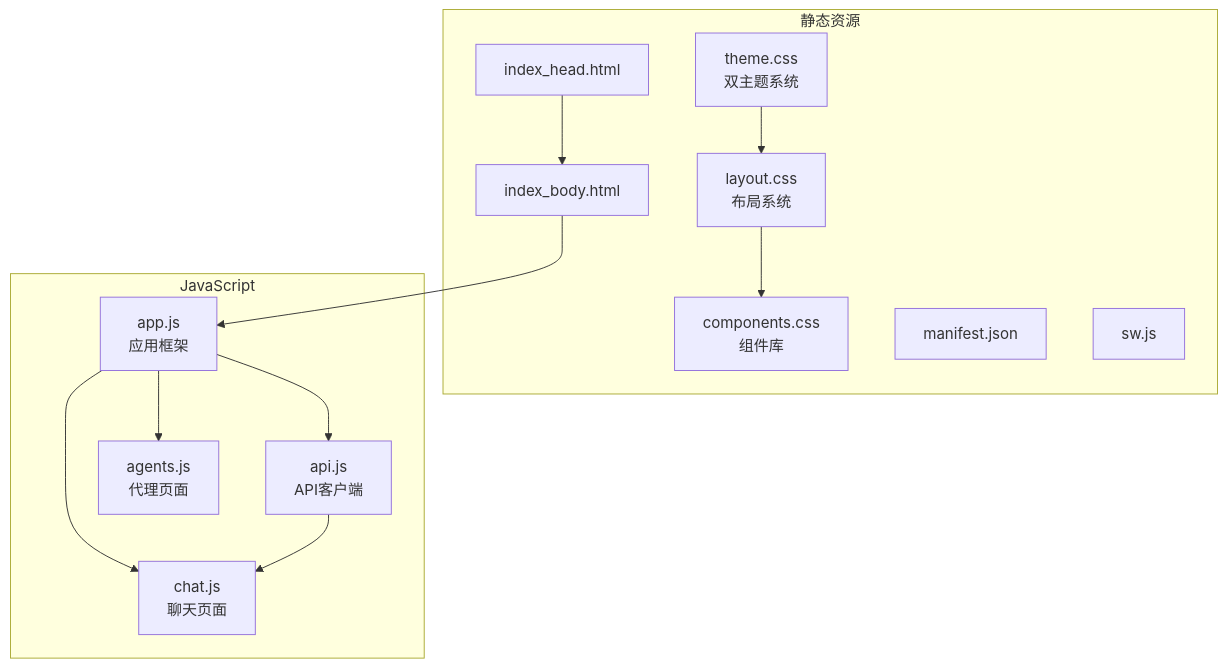
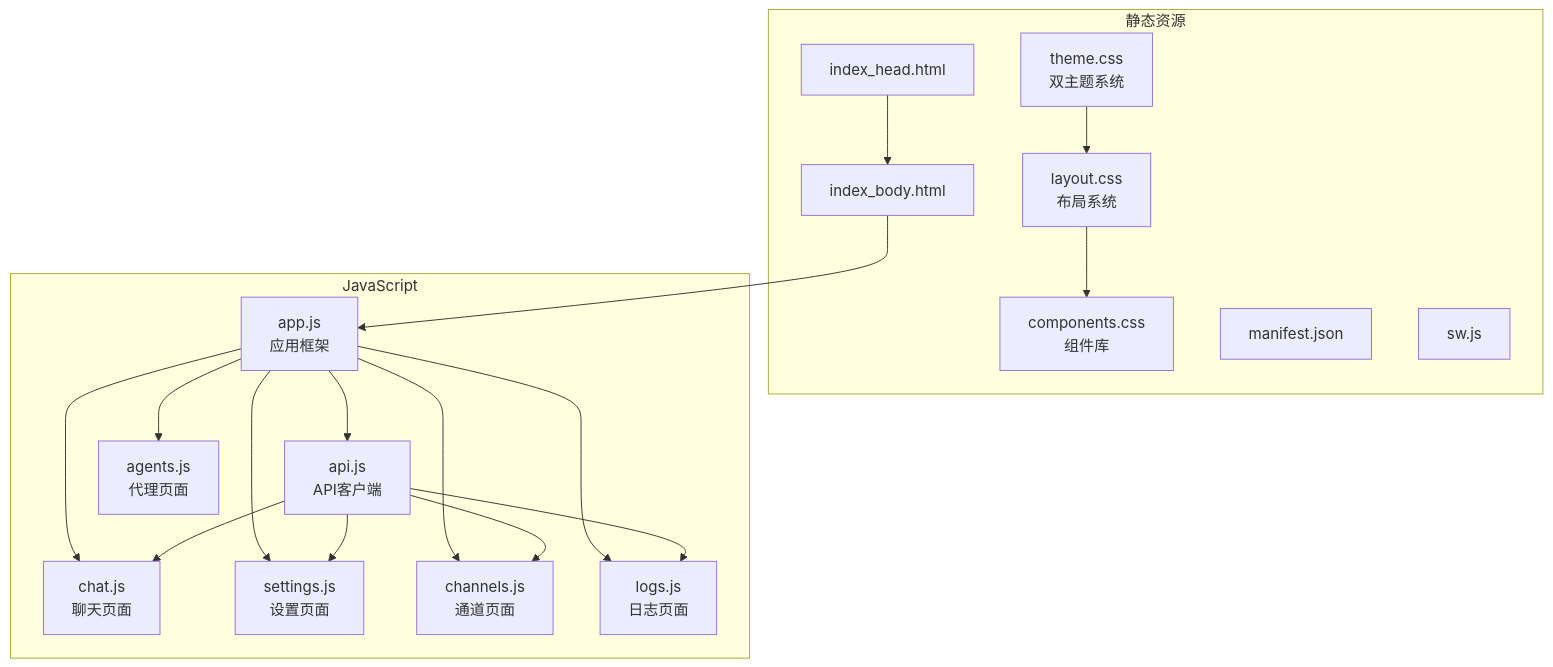
The first of 4 diagrams in .qoder/repowiki/zh/content/核心模块详解/API 服务器 (openfang-api)/Web 聊天界面.md (hexiaowen-bot/openfang), drawn with Mermaid before and after one commit. The commit also changed other lines of this file and 65 other files, not shown here.

````diff
--- a/.qoder/repowiki/zh/content/核心模块详解/API 服务器 (openfang-api)/Web 聊天界面.md
+++ b/.qoder/repowiki/zh/content/核心模块详解/API 服务器 (openfang-api)/Web 聊天界面.md
@@ -38,26 +50,35 @@
 ```mermaid
 graph TB
 subgraph "静态资源"
 IH["index_head.html"]
 IB["index_body.html"]
 CSS1["theme.css<br/>双主题系统"]
 CSS2["layout.css<br/>布局系统"]
 CSS3["components.css<br/>组件库"]
 MAN["manifest.json"]
 SW["sw.js"]
 end
 subgraph "JavaScript"
 APP["app.js<br/>应用框架"]
 API["api.js<br/>API客户端"]
 CHAT["chat.js<br/>聊天页面"]
 AGENTS["agents.js<br/>代理页面"]
+SETTINGS["settings.js<br/>设置页面"]
+CHANNELS["channels.js<br/>通道页面"]
+LOGS["logs.js<br/>日志页面"]
 end
 IH --> IB
 CSS1 --> CSS2
 CSS2 --> CSS3
 IB --> APP
 APP --> API
 APP --> CHAT
 APP --> AGENTS
+APP --> SETTINGS
+APP --> CHANNELS
+APP --> LOGS
 API --> CHAT
+API --> SETTINGS
+API --> CHANNELS
+API --> LOGS
 ```
````
